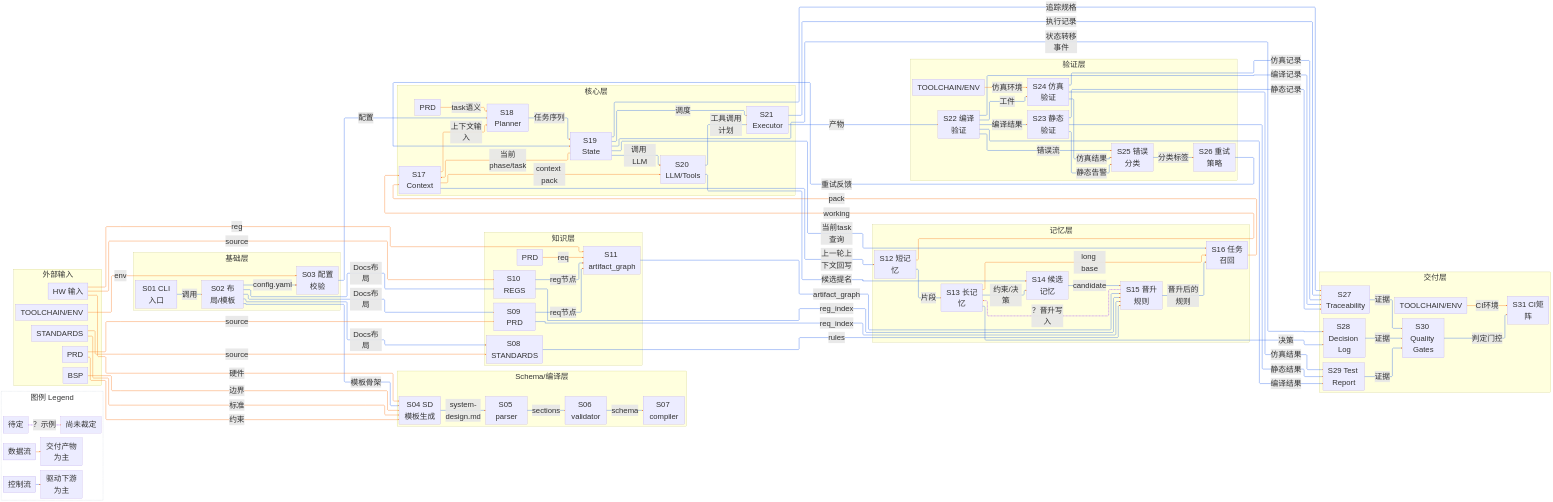
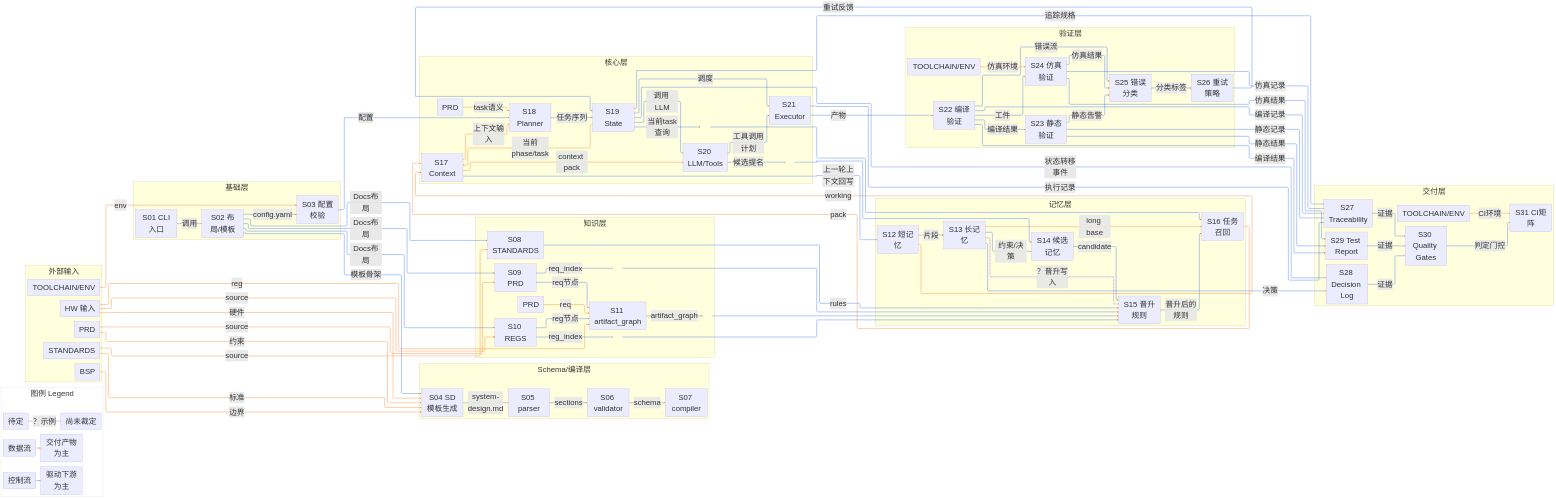
One commit to vial828/Embedded-Pi changed the diagram in agent-design/epi-dev-slices-overview.mmd. Above: the diagram before and after it, drawn with Mermaid. The commit also changed 2 other files, not shown here.

Commit message:
chore(diagram): 试点边标签前移（红圈区域）
按用户要求先小范围试点，不整图推广。
做法：给 5 条长边加隐形走线锚点，把标签挂在前半段，减少前段长直线观感：
- S09->S15 (req_index)
- S10->S15 (reg_index)
- S11->S15 (artifact_graph)
- S19->S16 (当前task查询)
- S20->S14 (候选提名)

锚点节点透明、无描边、无语义，仅用于路由。

```diff
--- a/agent-design/epi-dev-slices-overview.mmd
+++ b/agent-design/epi-dev-slices-overview.mmd
@@ -61,6 +61,9 @@
     S09[S09 PRD]
     S10[S10 REGS]
     S11[S11 artifact_graph]
+    RK_REQ[ ]
+    RK_REG[ ]
+    RK_ART[ ]
   end
 
   subgraph Memory[记忆层]
@@ -80,6 +83,8 @@
     S19[S19 State]
     S20[S20 LLM/Tools]
     S21[S21 Executor]
+    RA_TASK[ ]
+    RA_CAND[ ]
   end
 
   subgraph Verify[验证层]
@@ -121,9 +126,12 @@
   S12 -.-> | 片段| S13
   S13 -.-> | 约束/决策| S14
   S08 -.-> | rules| S15
-  S09 -.-> | req_index| S15
-  S10 -.-> | reg_index| S15
-  S11 -.-> | artifact_graph| S15
+  S09 -.-> | req_index| RK_REQ
+  RK_REQ -.-> S15
+  S10 -.-> | reg_index| RK_REG
+  RK_REG -.-> S15
+  S11 -.-> | artifact_graph| RK_ART
+  RK_ART -.-> S15
   S14 -.-> | candidate| S15
   S13 --> | long base| S16
   S15 -.-> | 晋升后的规则| S16
@@ -156,8 +164,10 @@
   %% 运行时控制（控制流：蓝实线，箭头写 -.->）
   S17 -.-> | 上一轮上下文回写| S12
   S15 -.-> | ？晋升写入| S13
-  S20 -.-> | 候选提名| S14
-  S19 -.-> | 当前task查询| S16
+  S20 -.-> | 候选提名| RA_CAND
+  RA_CAND -.-> S14
+  S19 -.-> | 当前task查询| RA_TASK
+  RA_TASK -.-> S16
   S19 --> | 当前phase/task| S17
   S17 --> | 上下文输入| S18
   S26 -.-> | 重试反馈| S19
@@ -183,6 +193,14 @@
   IN_TOOL_V -->| 仿真环境| S24
   IN_TOOL_D -->| CI环境| S31
 
+
+  %% 走线锚点（仅用于把标签前移、缩短前段直线；不承载业务语义）
+  style RK_REQ fill:transparent,stroke:transparent,color:transparent
+  style RK_REG fill:transparent,stroke:transparent,color:transparent
+  style RK_ART fill:transparent,stroke:transparent,color:transparent
+  style RA_TASK fill:transparent,stroke:transparent,color:transparent
+  style RA_CAND fill:transparent,stroke:transparent,color:transparent
+
   %% 样式：颜色由 tools/apply_edge_style.py 依 graph-rules.json 生成，勿手改
   %% 类别只由箭头写法决定（--> 数据流，-.-> 控制流，-.->且标签含 ？ 待定），配色是输出不是输入
   linkStyle default stroke:#F97316,stroke-width:2.2px
@@ -207,13 +225,13 @@
   linkStyle 18 stroke:#2563EB,stroke-width:2.2px,stroke-dasharray:0
   linkStyle 19 stroke:#2563EB,stroke-width:2.2px,stroke-dasharray:0
   linkStyle 20 stroke:#2563EB,stroke-width:2.2px,stroke-dasharray:0
-  linkStyle 21 stroke:#F97316,stroke-width:2.2px,stroke-dasharray:0
+  linkStyle 21 stroke:#2563EB,stroke-width:2.2px,stroke-dasharray:0
   linkStyle 22 stroke:#2563EB,stroke-width:2.2px,stroke-dasharray:0
-  linkStyle 23 stroke:#F97316,stroke-width:2.2px,stroke-dasharray:0
+  linkStyle 23 stroke:#2563EB,stroke-width:2.2px,stroke-dasharray:0
   linkStyle 24 stroke:#F97316,stroke-width:2.2px,stroke-dasharray:0
   linkStyle 25 stroke:#2563EB,stroke-width:2.2px,stroke-dasharray:0
-  linkStyle 26 stroke:#2563EB,stroke-width:2.2px,stroke-dasharray:0
-  linkStyle 27 stroke:#2563EB,stroke-width:2.2px,stroke-dasharray:0
+  linkStyle 26 stroke:#F97316,stroke-width:2.2px,stroke-dasharray:0
+  linkStyle 27 stroke:#F97316,stroke-width:2.2px,stroke-dasharray:0
   linkStyle 28 stroke:#2563EB,stroke-width:2.2px,stroke-dasharray:0
   linkStyle 29 stroke:#2563EB,stroke-width:2.2px,stroke-dasharray:0
   linkStyle 30 stroke:#2563EB,stroke-width:2.2px,stroke-dasharray:0
@@ -232,24 +250,24 @@
   linkStyle 43 stroke:#2563EB,stroke-width:2.2px,stroke-dasharray:0
   linkStyle 44 stroke:#2563EB,stroke-width:2.2px,stroke-dasharray:0
   linkStyle 45 stroke:#2563EB,stroke-width:2.2px,stroke-dasharray:0
-  linkStyle 46 stroke:#A855F7,stroke-width:3.2px,stroke-dasharray:6 3
+  linkStyle 46 stroke:#2563EB,stroke-width:2.2px,stroke-dasharray:0
   linkStyle 47 stroke:#2563EB,stroke-width:2.2px,stroke-dasharray:0
   linkStyle 48 stroke:#2563EB,stroke-width:2.2px,stroke-dasharray:0
-  linkStyle 49 stroke:#F97316,stroke-width:2.2px,stroke-dasharray:0
-  linkStyle 50 stroke:#F97316,stroke-width:2.2px,stroke-dasharray:0
+  linkStyle 49 stroke:#A855F7,stroke-width:3.2px,stroke-dasharray:6 3
+  linkStyle 50 stroke:#2563EB,stroke-width:2.2px,stroke-dasharray:0
   linkStyle 51 stroke:#2563EB,stroke-width:2.2px,stroke-dasharray:0
-  linkStyle 52 stroke:#F97316,stroke-width:2.2px,stroke-dasharray:0
+  linkStyle 52 stroke:#2563EB,stroke-width:2.2px,stroke-dasharray:0
   linkStyle 53 stroke:#2563EB,stroke-width:2.2px,stroke-dasharray:0
-  linkStyle 54 stroke:#2563EB,stroke-width:2.2px,stroke-dasharray:0
-  linkStyle 55 stroke:#2563EB,stroke-width:2.2px,stroke-dasharray:0
+  linkStyle 54 stroke:#F97316,stroke-width:2.2px,stroke-dasharray:0
+  linkStyle 55 stroke:#F97316,stroke-width:2.2px,stroke-dasharray:0
   linkStyle 56 stroke:#2563EB,stroke-width:2.2px,stroke-dasharray:0
-  linkStyle 57 stroke:#2563EB,stroke-width:2.2px,stroke-dasharray:0
+  linkStyle 57 stroke:#F97316,stroke-width:2.2px,stroke-dasharray:0
   linkStyle 58 stroke:#2563EB,stroke-width:2.2px,stroke-dasharray:0
-  linkStyle 59 stroke:#F97316,stroke-width:2.2px,stroke-dasharray:0
-  linkStyle 60 stroke:#F97316,stroke-width:2.2px,stroke-dasharray:0
-  linkStyle 61 stroke:#F97316,stroke-width:2.2px,stroke-dasharray:0
-  linkStyle 62 stroke:#F97316,stroke-width:2.2px,stroke-dasharray:0
-  linkStyle 63 stroke:#F97316,stroke-width:2.2px,stroke-dasharray:0
+  linkStyle 59 stroke:#2563EB,stroke-width:2.2px,stroke-dasharray:0
+  linkStyle 60 stroke:#2563EB,stroke-width:2.2px,stroke-dasharray:0
+  linkStyle 61 stroke:#2563EB,stroke-width:2.2px,stroke-dasharray:0
+  linkStyle 62 stroke:#2563EB,stroke-width:2.2px,stroke-dasharray:0
+  linkStyle 63 stroke:#2563EB,stroke-width:2.2px,stroke-dasharray:0
   linkStyle 64 stroke:#F97316,stroke-width:2.2px,stroke-dasharray:0
   linkStyle 65 stroke:#F97316,stroke-width:2.2px,stroke-dasharray:0
   linkStyle 66 stroke:#F97316,stroke-width:2.2px,stroke-dasharray:0
@@ -258,3 +276,8 @@
   linkStyle 69 stroke:#F97316,stroke-width:2.2px,stroke-dasharray:0
   linkStyle 70 stroke:#F97316,stroke-width:2.2px,stroke-dasharray:0
   linkStyle 71 stroke:#F97316,stroke-width:2.2px,stroke-dasharray:0
+  linkStyle 72 stroke:#F97316,stroke-width:2.2px,stroke-dasharray:0
+  linkStyle 73 stroke:#F97316,stroke-width:2.2px,stroke-dasharray:0
+  linkStyle 74 stroke:#F97316,stroke-width:2.2px,stroke-dasharray:0
+  linkStyle 75 stroke:#F97316,stroke-width:2.2px,stroke-dasharray:0
+  linkStyle 76 stroke:#F97316,stroke-width:2.2px,stroke-dasharray:0
```
